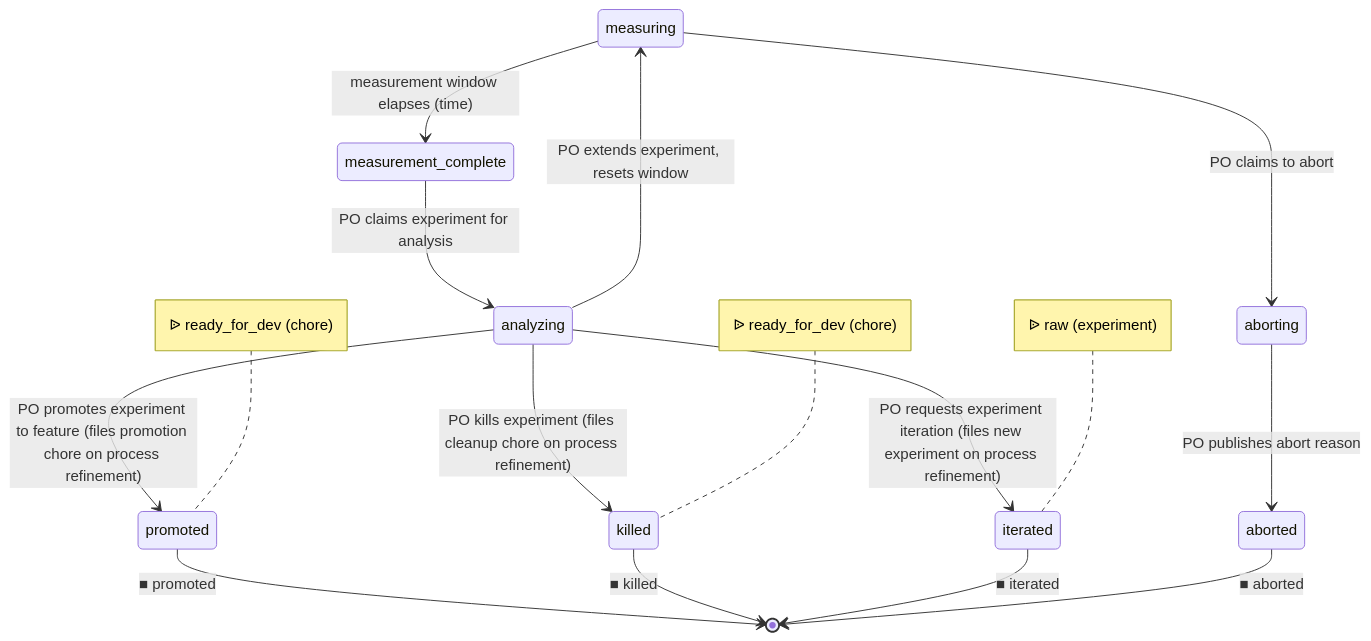
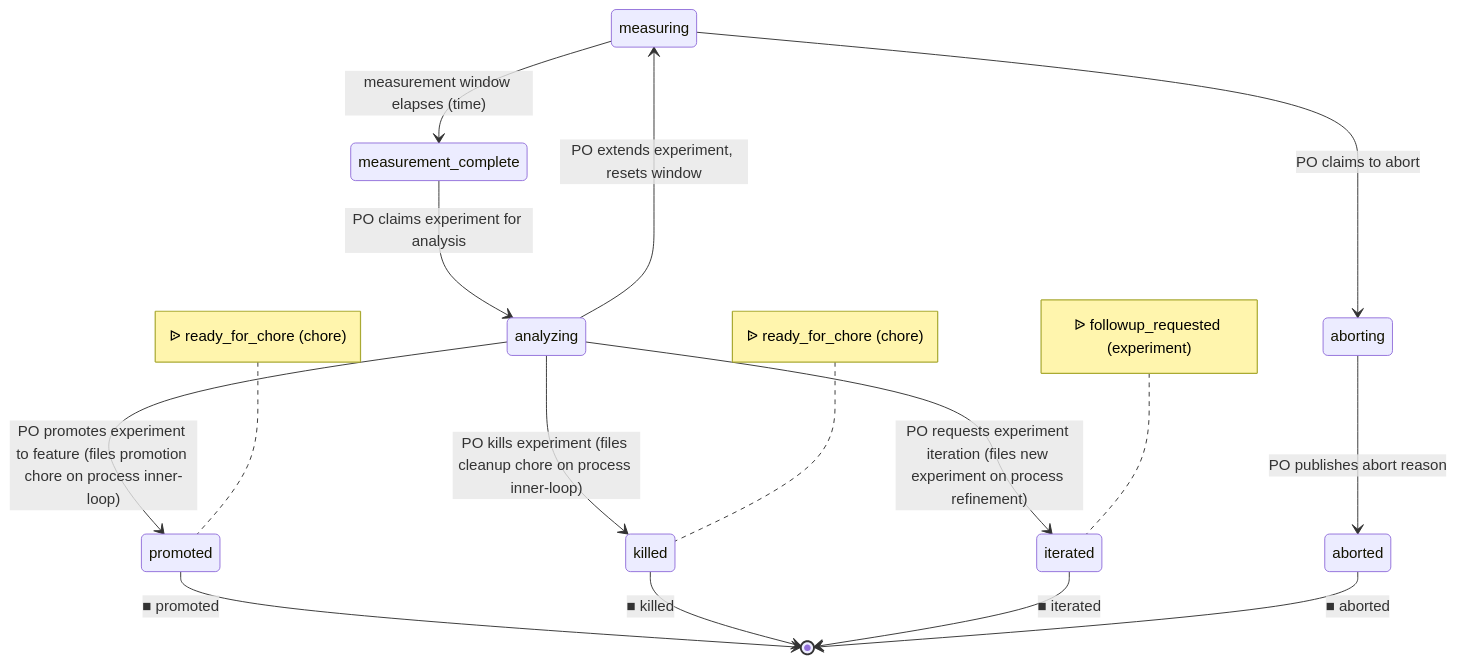
The diagram in examples/workflows/experimentation.md (blemees/blemees-workflow), drawn with Mermaid before and after one commit. The commit also changed other lines of this file and 22 other files, not shown here.

````diff
--- a/examples/workflows/experimentation.md
+++ b/examples/workflows/experimentation.md
@@ -13,33 +13,33 @@
 ```mermaid
 stateDiagram-v2
     direction TB
     %% Cross-process interfaces:
     %%   Handoff: measuring (shared resting state)
-    %%   Spawn:   promoted → process inner-loop (issue_type=chore, initial=ready_for_dev)
-    %%   Spawn:   killed → process inner-loop (issue_type=chore, initial=ready_for_dev)
-    %%   Spawn:   iterated → process (derived from initial_state) (issue_type=experiment, initial=raw)
+    %%   Spawn:   promoted → process inner-loop (issue_type=chore, initial=ready_for_chore)
+    %%   Spawn:   killed → process inner-loop (issue_type=chore, initial=ready_for_chore)
+    %%   Spawn:   iterated → process (derived from initial_state) (issue_type=experiment, initial=followup_requested)
     %%
 
     measuring --> measurement_complete: measurement window elapses (time)
     measuring --> aborting: PO claims to abort
     aborting --> aborted: PO publishes abort reason
     measurement_complete --> analyzing: PO claims experiment for analysis
     analyzing --> measuring: PO extends experiment, resets window
-    analyzing --> promoted: PO promotes experiment to feature (files promotion chore on process refinement)
-    analyzing --> killed: PO kills experiment (files cleanup chore on process refinement)
+    analyzing --> promoted: PO promotes experiment to feature (files promotion chore on process inner-loop)
+    analyzing --> killed: PO kills experiment (files cleanup chore on process inner-loop)
     analyzing --> iterated: PO requests experiment iteration (files new experiment on process refinement)
     promoted --> [*]: ■ promoted
     killed --> [*]: ■ killed
     iterated --> [*]: ■ iterated
     aborted --> [*]: ■ aborted
 
     note left of promoted
-        ᐉ ready_for_dev (chore)
+        ᐉ ready_for_chore (chore)
     end note
     note left of killed
-        ᐉ ready_for_dev (chore)
+        ᐉ ready_for_chore (chore)
     end note
     note left of iterated
-        ᐉ raw (experiment)
+        ᐉ followup_requested (experiment)
     end note
 ```
````
